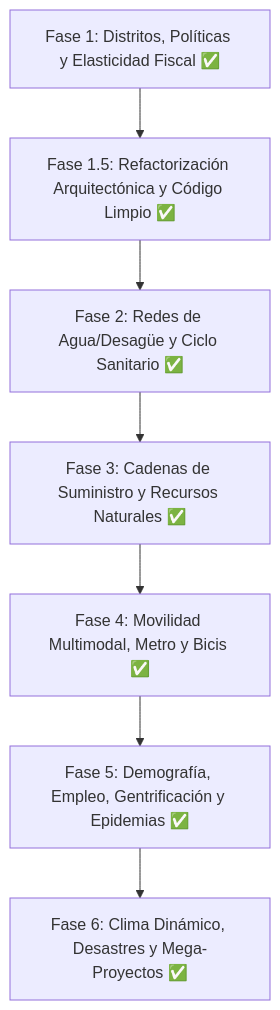
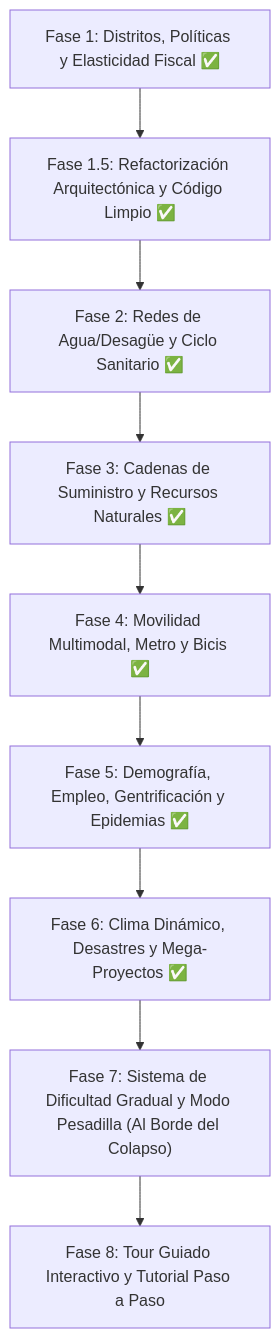
One commit to victorgomez09/city-builder changed the second of 2 diagrams in ROADMAP.md. Above: the diagram before and after it, drawn with Mermaid. The commit also changed other lines of this file, not shown here.

````diff
--- a/ROADMAP.md
+++ b/ROADMAP.md
@@ -163,9 +197,11 @@
 ```mermaid
 flowchart TD
     P1["Fase 1: Distritos, Políticas y Elasticidad Fiscal ✅"] --> P15["Fase 1.5: Refactorización Arquitectónica y Código Limpio ✅"]
     P15 --> P2["Fase 2: Redes de Agua/Desagüe y Ciclo Sanitario ✅"]
     P2 --> P3["Fase 3: Cadenas de Suministro y Recursos Naturales ✅"]
     P3 --> P4["Fase 4: Movilidad Multimodal, Metro y Bicis ✅"]
     P4 --> P5["Fase 5: Demografía, Empleo, Gentrificación y Epidemias ✅"]
     P5 --> P6["Fase 6: Clima Dinámico, Desastres y Mega-Proyectos ✅"]
+    P6 --> P7["Fase 7: Sistema de Dificultad Gradual y Modo Pesadilla (Al Borde del Colapso)"]
+    P7 --> P8["Fase 8: Tour Guiado Interactivo y Tutorial Paso a Paso"]
 ```
````
